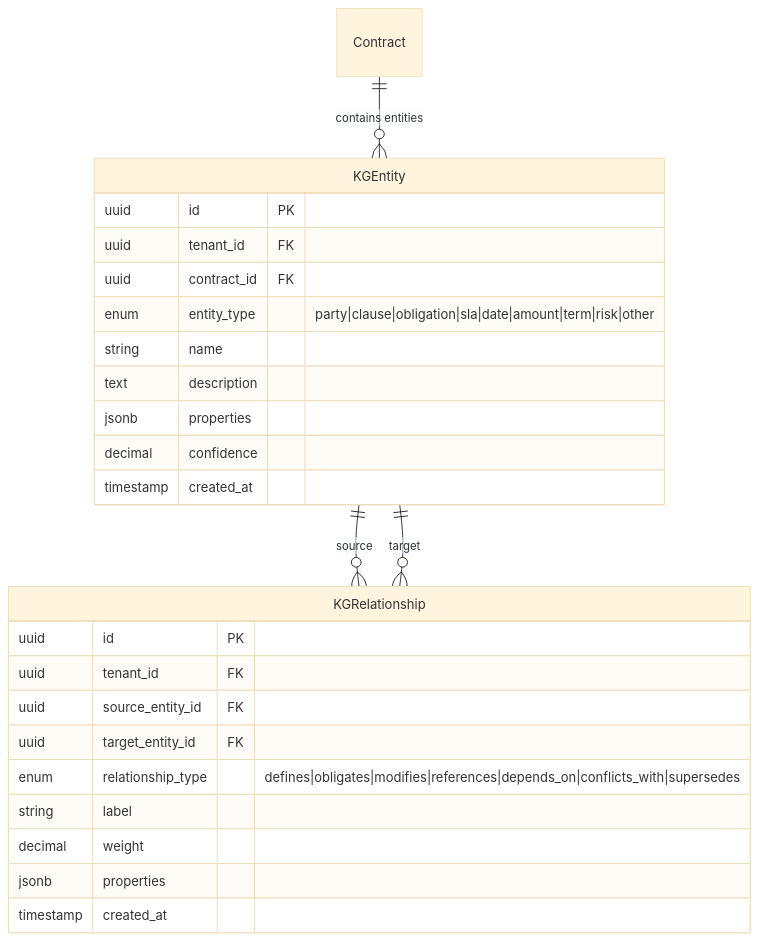
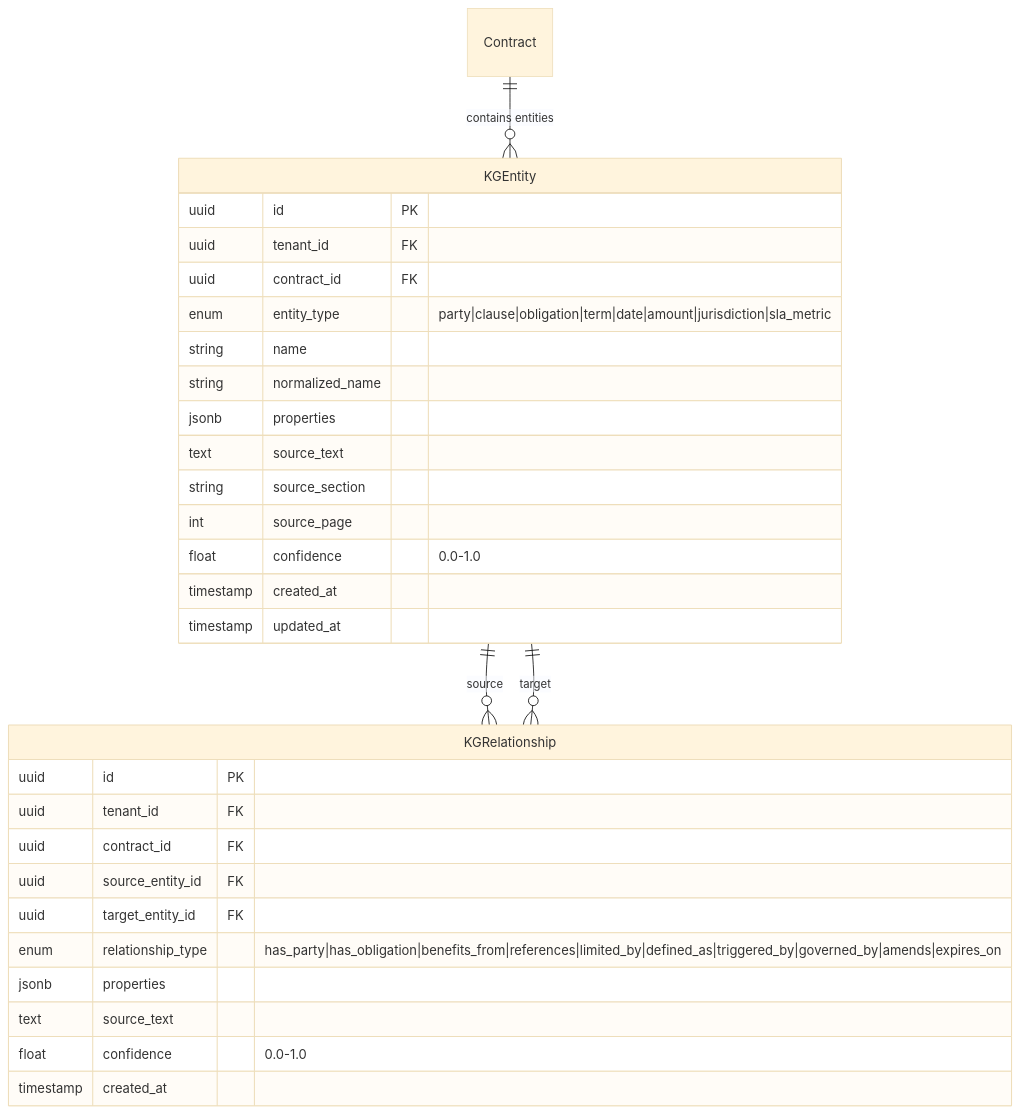
One commit to jjayarajdev/clm-evaluetor changed diagram 42 of 55 in docs/DATA_MODEL.md. Above: the diagram before and after it, drawn with Mermaid (base theme). The commit also changed other lines of this file and 79 other files, not shown here.

````diff
--- a/docs/DATA_MODEL.md
+++ b/docs/DATA_MODEL.md
@@ -1841,30 +1850,35 @@
 ```mermaid
 erDiagram
     Contract ||--o{ KGEntity : "contains entities"
     KGEntity ||--o{ KGRelationship : "source"
     KGEntity ||--o{ KGRelationship : "target"
 
     KGEntity {
         uuid id PK
         uuid tenant_id FK
         uuid contract_id FK
-        enum entity_type "party|clause|obligation|sla|date|amount|term|risk|other"
+        enum entity_type "party|clause|obligation|term|date|amount|jurisdiction|sla_metric"
         string name
-        text description
+        string normalized_name
         jsonb properties
-        decimal confidence
+        text source_text
+        string source_section
+        int source_page
+        float confidence "0.0-1.0"
         timestamp created_at
+        timestamp updated_at
     }
 
     KGRelationship {
         uuid id PK
         uuid tenant_id FK
+        uuid contract_id FK
         uuid source_entity_id FK
         uuid target_entity_id FK
-        enum relationship_type "defines|obligates|modifies|references|depends_on|conflicts_with|supersedes"
-        string label
-        decimal weight
+        enum relationship_type "has_party|has_obligation|benefits_from|references|limited_by|defined_as|triggered_by|governed_by|amends|expires_on"
         jsonb properties
+        text source_text
+        float confidence "0.0-1.0"
         timestamp created_at
     }
 ```
````
